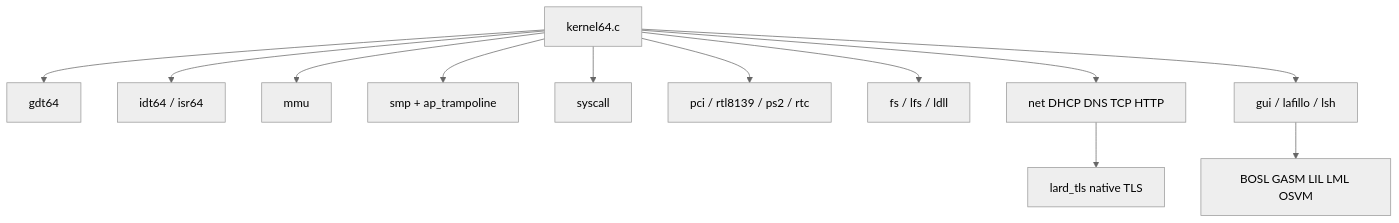
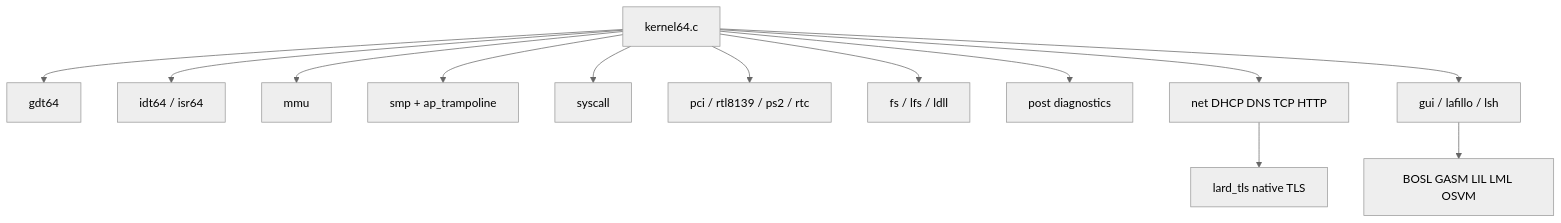
Before and after one commit to jgchoimd-web/lardos: the second of 4 diagrams in os/ARCHITECTURE.md, drawn with Mermaid (neutral theme). The commit also changed other lines of this file and 13 other files, not shown here.

````diff
--- a/os/ARCHITECTURE.md
+++ b/os/ARCHITECTURE.md
@@ -43,27 +43,29 @@
 ```mermaid
 flowchart TB
     Kmain["kernel64.c"]
     GDT["gdt64"]
     IDT["idt64 / isr64"]
     MMU["mmu"]
     SMP["smp + ap_trampoline"]
     Syscall["syscall"]
     Drivers["pci / rtl8139 / ps2 / rtc"]
     Storage["fs / lfs / ldll"]
+    POST["post diagnostics"]
     Net["net DHCP DNS TCP HTTP"]
     TLS["lard_tls native TLS"]
     GUI["gui / lafillo / lsh"]
     VM["BOSL GASM LIL LML OSVM"]
 
     Kmain --> GDT
     Kmain --> IDT
     Kmain --> MMU
     Kmain --> SMP
     Kmain --> Syscall
     Kmain --> Drivers
     Kmain --> Storage
+    Kmain --> POST
     Kmain --> Net
     Net --> TLS
     Kmain --> GUI
     GUI --> VM
 ```
````
